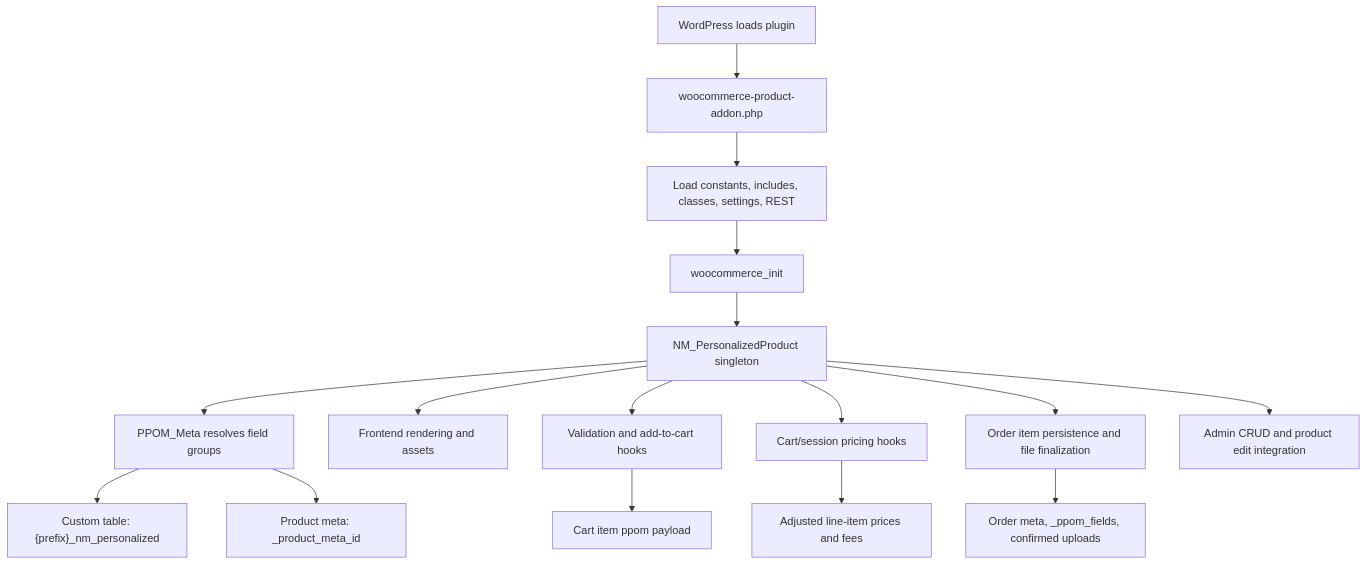
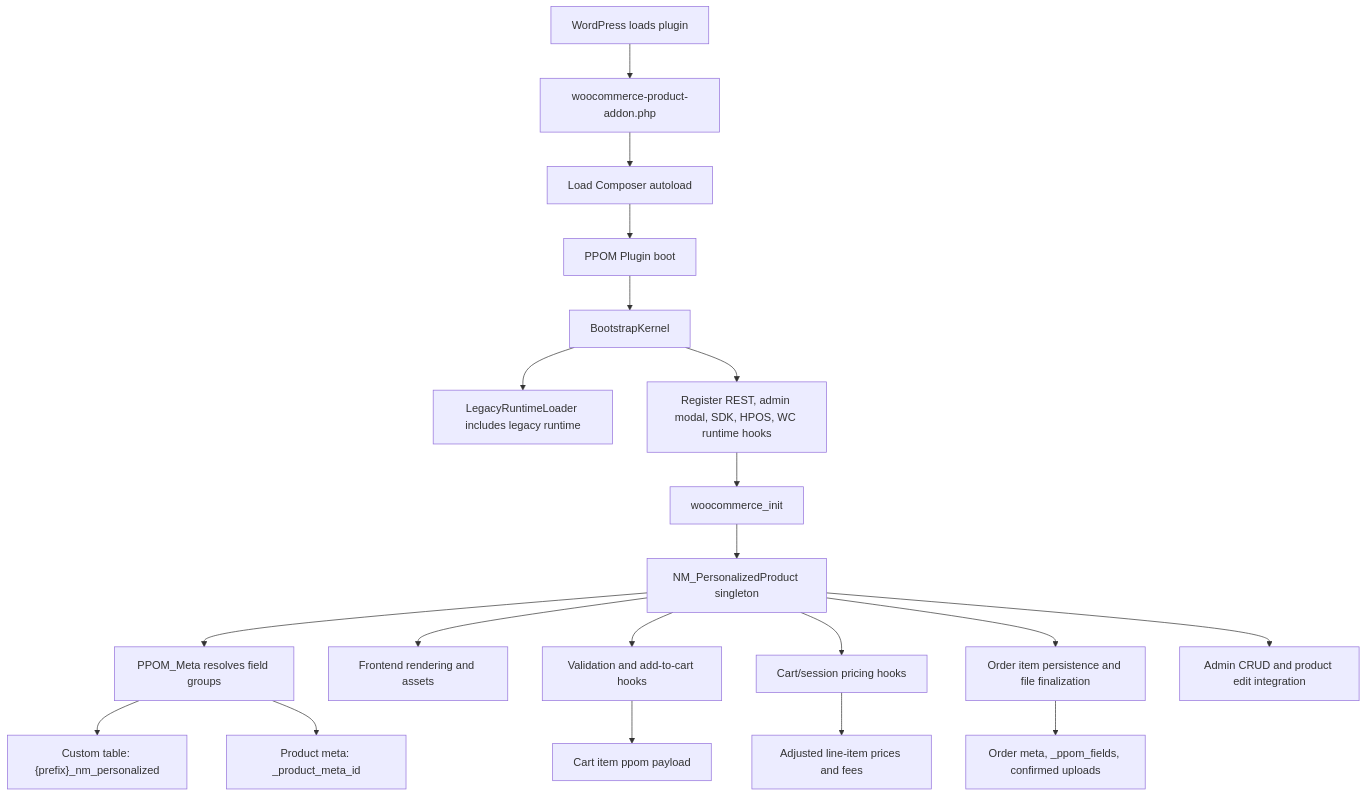
The first of 4 diagrams in architecture.md (Codeinwp/woocommerce-product-addon), drawn with Mermaid before and after one commit. The commit also changed other lines of this file and 1 other file, not shown here.

````diff
--- a/architecture.md
+++ b/architecture.md
@@ -23,20 +23,24 @@
 ```mermaid
 flowchart TD
     A["WordPress loads plugin"] --> B["woocommerce-product-addon.php"]
-    B --> C["Load constants, includes, classes, settings, REST"]
-    C --> D["woocommerce_init"]
-    D --> E["NM_PersonalizedProduct singleton"]
+    B --> C["Load Composer autoload"]
+    C --> D["PPOM Plugin boot"]
+    D --> E["BootstrapKernel"]
+    E --> F["LegacyRuntimeLoader includes legacy runtime"]
+    E --> G["Register REST, admin modal, SDK, HPOS, WC runtime hooks"]
+    G --> H["woocommerce_init"]
+    H --> I["NM_PersonalizedProduct singleton"]
 
-    E --> F["PPOM_Meta resolves field groups"]
-    E --> G["Frontend rendering and assets"]
-    E --> H["Validation and add-to-cart hooks"]
-    E --> I["Cart/session pricing hooks"]
-    E --> J["Order item persistence and file finalization"]
-    E --> K["Admin CRUD and product edit integration"]
+    I --> J["PPOM_Meta resolves field groups"]
+    I --> K["Frontend rendering and assets"]
+    I --> L["Validation and add-to-cart hooks"]
+    I --> M["Cart/session pricing hooks"]
+    I --> N["Order item persistence and file finalization"]
+    I --> O["Admin CRUD and product edit integration"]
 
-    F --> L["Custom table: {prefix}_nm_personalized"]
-    F --> M["Product meta: _product_meta_id"]
-    H --> N["Cart item ppom payload"]
-    I --> O["Adjusted line-item prices and fees"]
-    J --> P["Order meta, _ppom_fields, confirmed uploads"]
+    J --> P["Custom table: {prefix}_nm_personalized"]
+    J --> Q["Product meta: _product_meta_id"]
+    L --> R["Cart item ppom payload"]
+    M --> S["Adjusted line-item prices and fees"]
+    N --> T["Order meta, _ppom_fields, confirmed uploads"]
 ```
````
